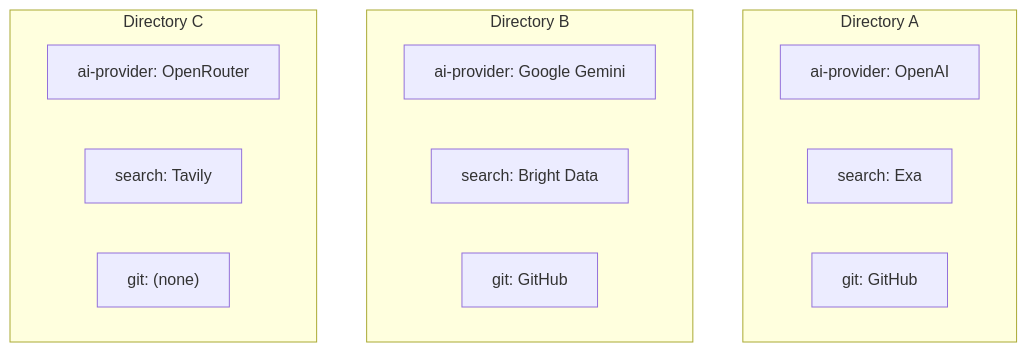
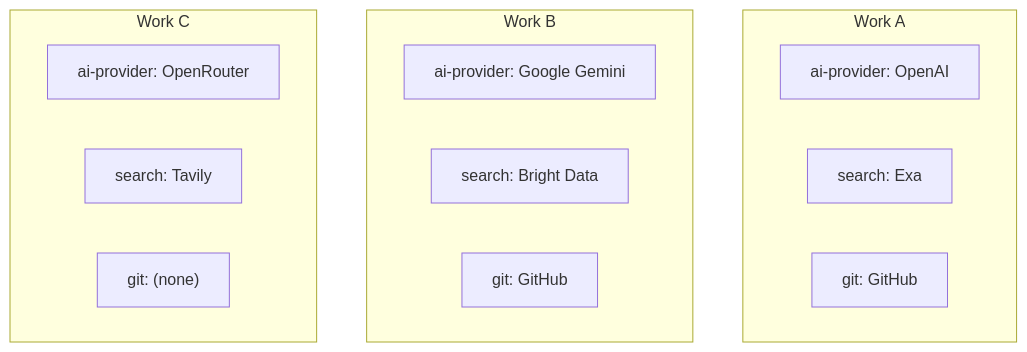
The fourth of 6 diagrams in docs/advanced/multi-tenancy.md (ever-works/ever-works), drawn with Mermaid before and after one commit. The commit also changed other lines of this file and 395 other files, not shown here.

````diff
--- a/docs/advanced/multi-tenancy.md
+++ b/docs/advanced/multi-tenancy.md
@@ -271,20 +271,20 @@
 ```mermaid
 graph TD
-    subgraph "Directory A"
+    subgraph "Work A"
         A1["ai-provider: OpenAI"]
         A2["search: Exa"]
         A3["git: GitHub"]
     end
 
-    subgraph "Directory B"
+    subgraph "Work B"
         B1["ai-provider: Google Gemini"]
         B2["search: Bright Data"]
         B3["git: GitHub"]
     end
 
-    subgraph "Directory C"
+    subgraph "Work C"
         C1["ai-provider: OpenRouter"]
         C2["search: Tavily"]
         C3["git: (none)"]
     end
 ```
````
